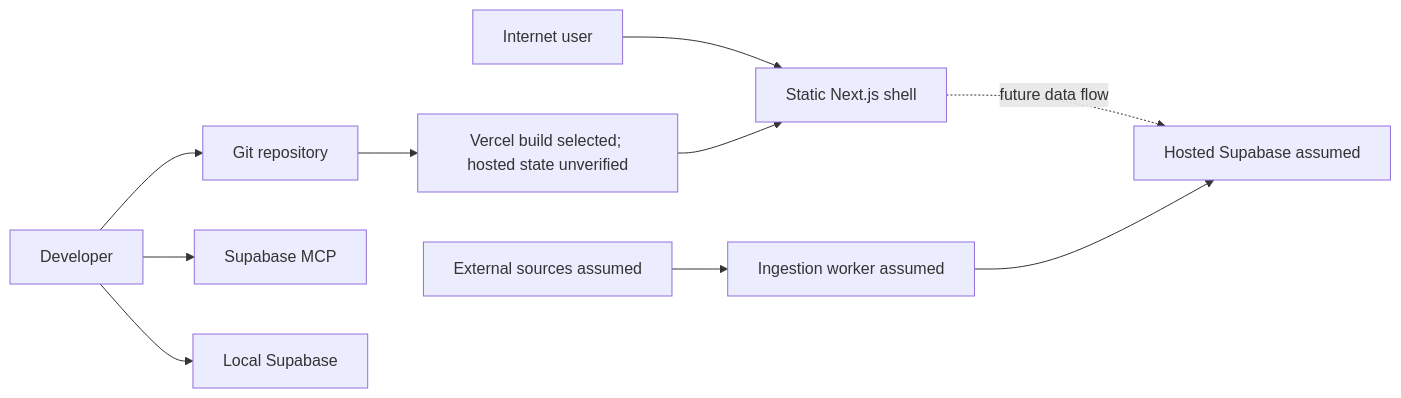
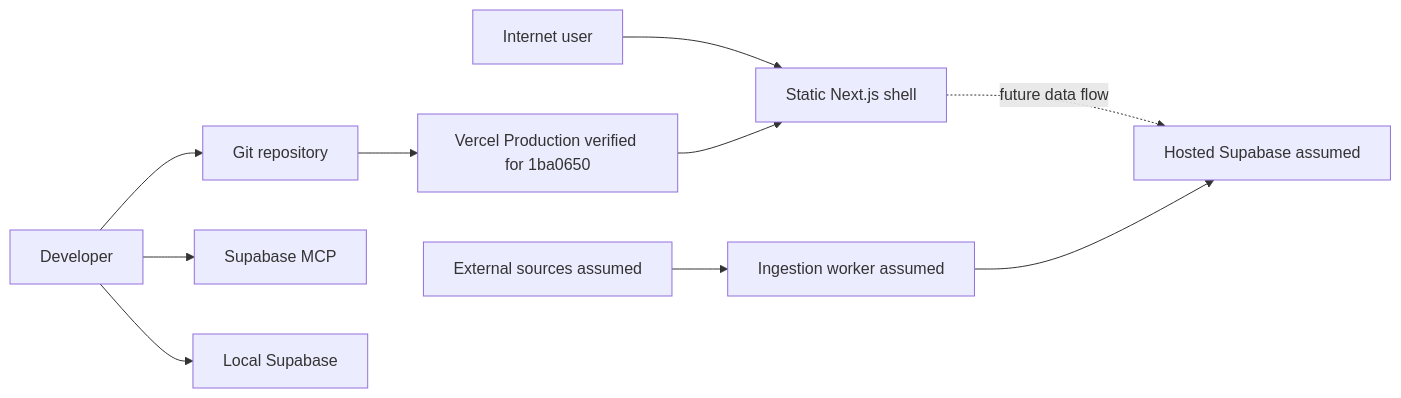
The diagram in docs/security/staden-threat-model.md (kevinmarqfarh/Staden), drawn with Mermaid before and after one commit. The commit also changed other lines of this file and 3 other files, not shown here.

````diff
--- a/docs/security/staden-threat-model.md
+++ b/docs/security/staden-threat-model.md
@@ -56,12 +56,12 @@
 ```mermaid
 flowchart LR
     Dev["Developer"] --> Git["Git repository"]
     Dev --> MCP["Supabase MCP"]
     Dev --> Local["Local Supabase"]
     User["Internet user"] --> App["Static Next.js shell"]
     App -. "future data flow" .-> Cloud["Hosted Supabase assumed"]
     Sources["External sources assumed"] --> Worker["Ingestion worker assumed"]
     Worker --> Cloud
-    Git --> Deploy["Vercel build selected; hosted state unverified"]
+    Git --> Deploy["Vercel Production verified for 1ba0650"]
     Deploy --> App
 ```
````
